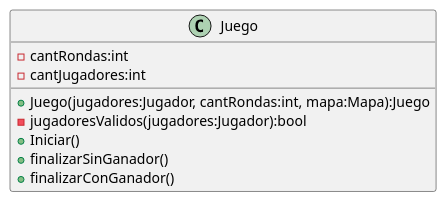
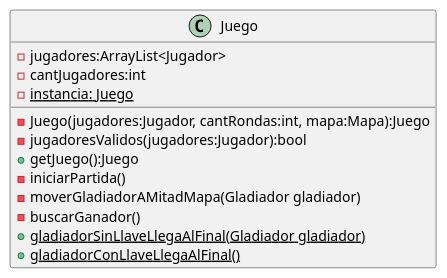
One commit to mcumskov/Algo3_tp2 changed the diagram in diagrams/clases/clase_juego.plantuml. Above: the diagram before and after it, drawn with PlantUML. The commit also changed 32 other files, not shown here.

Commit message:
refactor casilla, actualizacion de los diagramas de clases

```diff
--- a/diagrams/clases/clase_juego.plantuml
+++ b/diagrams/clases/clase_juego.plantuml
@@ -1,11 +1,16 @@
 @startuml
 class Juego {
-    - cantRondas:int
+    - jugadores:ArrayList<Jugador>
     - cantJugadores:int
-    + Juego(jugadores:Jugador, cantRondas:int, mapa:Mapa):Juego
+    - {static}instancia: Juego
+    - Juego(jugadores:Jugador, cantRondas:int, mapa:Mapa):Juego
     - jugadoresValidos(jugadores:Jugador):bool
-    + Iniciar()
-    + finalizarSinGanador()
-    + finalizarConGanador()
+    + getJuego():Juego
+    - iniciarPartida()
+    - moverGladiadorAMitadMapa(Gladiador gladiador)
+    - buscarGanador()
+    + {static}gladiadorSinLlaveLlegaAlFinal(Gladiador gladiador)
+    + {static} gladiadorConLlaveLlegaAlFinal()
+
 }
 @enduml
```
